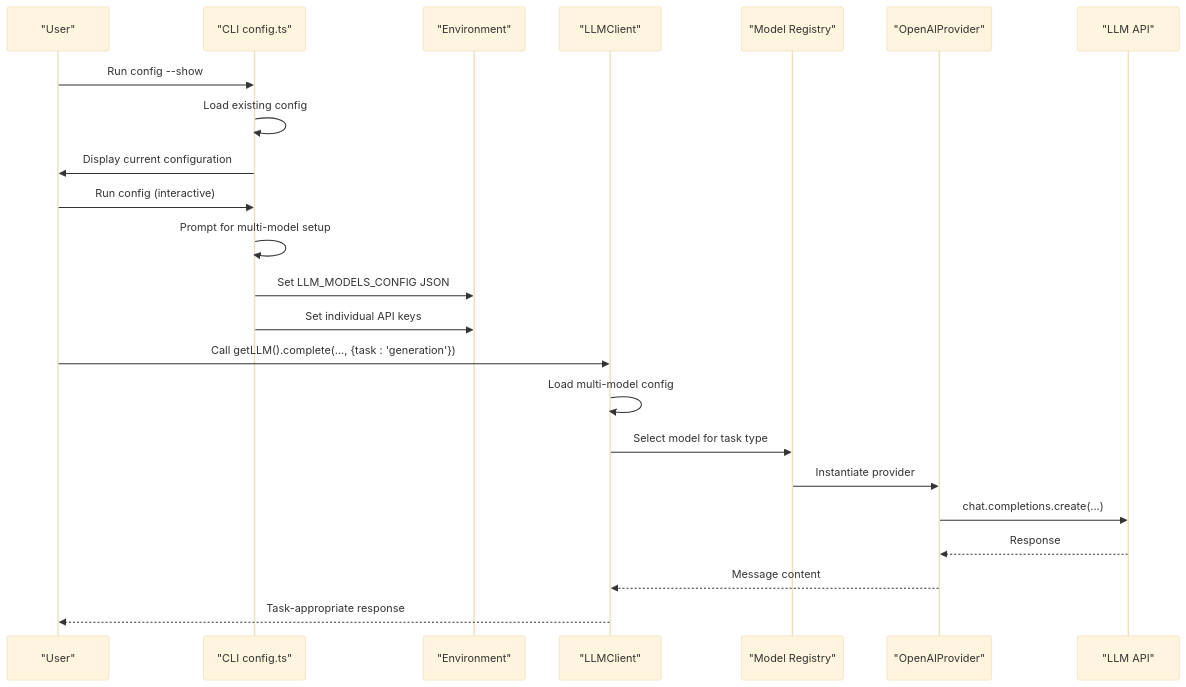
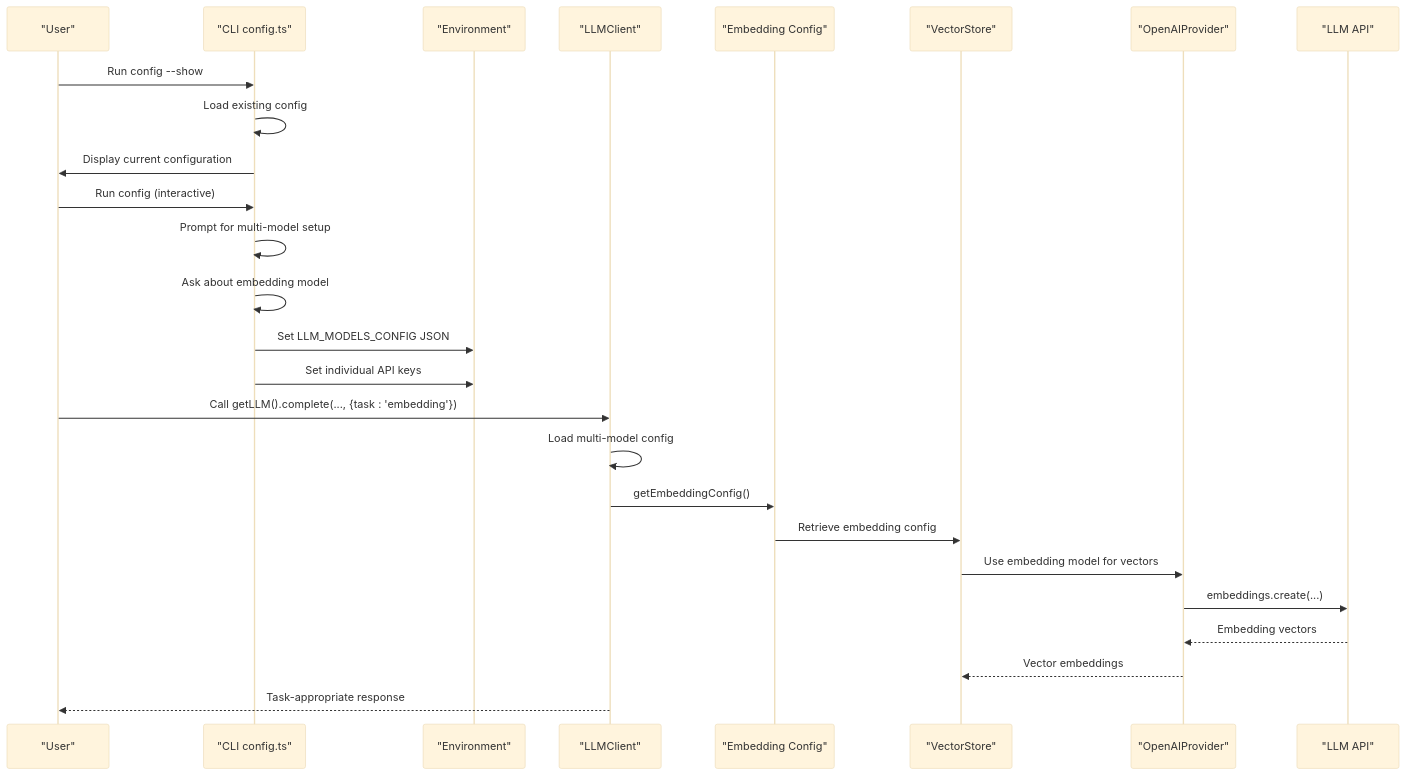
The second of 8 diagrams in .qoder/repowiki/en/content/LLM Integration and Configuration.md (liwonder/NARRITIVE_OS), drawn with Mermaid (base theme) before and after one commit. The commit also changed other lines of this file and 12 other files, not shown here.

Commit message:
new model provider support: alibaba and ark

````diff
--- a/.qoder/repowiki/en/content/LLM Integration and Configuration.md
+++ b/.qoder/repowiki/en/content/LLM Integration and Configuration.md
@@ -148,25 +162,28 @@
 ```mermaid
 sequenceDiagram
 participant User as "User"
 participant CLI as "CLI config.ts"
 participant Env as "Environment"
 participant Engine as "LLMClient"
-participant Models as "Model Registry"
+participant Embed as "Embedding Config"
+participant Vector as "VectorStore"
 participant Provider as "OpenAIProvider"
 participant LLM as "LLM API"
 User->>CLI : Run config --show
 CLI->>CLI : Load existing config
 CLI->>User : Display current configuration
 User->>CLI : Run config (interactive)
 CLI->>CLI : Prompt for multi-model setup
+CLI->>CLI : Ask about embedding model
 CLI->>Env : Set LLM_MODELS_CONFIG JSON
 CLI->>Env : Set individual API keys
-User->>Engine : Call getLLM().complete(..., {task : 'generation'})
+User->>Engine : Call getLLM().complete(..., {task : 'embedding'})
 Engine->>Engine : Load multi-model config
-Engine->>Models : Select model for task type
-Models->>Provider : Instantiate provider
-Provider->>LLM : chat.completions.create(...)
-LLM-->>Provider : Response
-Provider-->>Engine : Message content
+Engine->>Embed : getEmbeddingConfig()
+Embed->>Vector : Retrieve embedding config
+Vector->>Provider : Use embedding model for vectors
+Provider->>LLM : embeddings.create(...)
+LLM-->>Provider : Embedding vectors
+Provider-->>Vector : Vector embeddings
 Engine-->>User : Task-appropriate response
 ```
````
